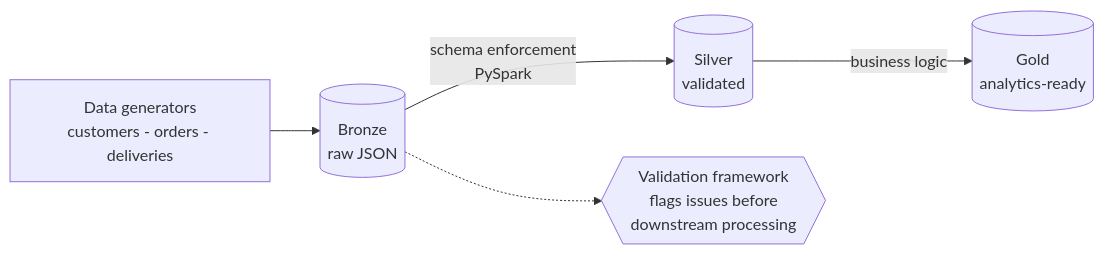
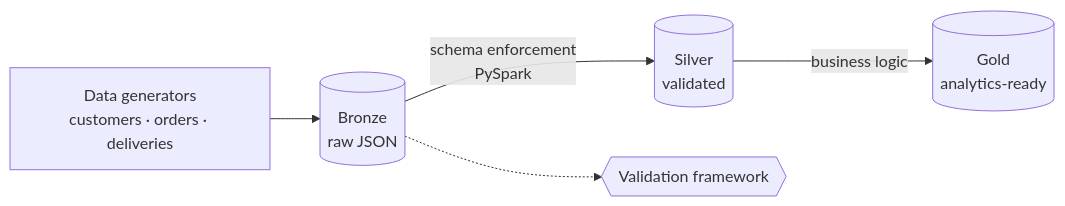
The third of 3 diagrams in README.md (Shivam24012001/Shivam24012001), drawn with Mermaid before and after one commit. The commit also changed other lines of this file, not shown here.

````diff
--- a/README.md
+++ b/README.md
@@ -240,7 +120,7 @@
 ```mermaid
 flowchart LR
-    G[Data generators<br/>customers - orders - deliveries] --> B[(Bronze<br/>raw JSON)]
+    G[Data generators<br/>customers · orders · deliveries] --> B[(Bronze<br/>raw JSON)]
     B -->|schema enforcement<br/>PySpark| S[(Silver<br/>validated)]
     S -->|business logic| Au[(Gold<br/>analytics-ready)]
-    B -.-> V{{Validation framework<br/>flags issues before<br/>downstream processing}}
+    B -.-> V{{Validation framework}}
 ```
````
